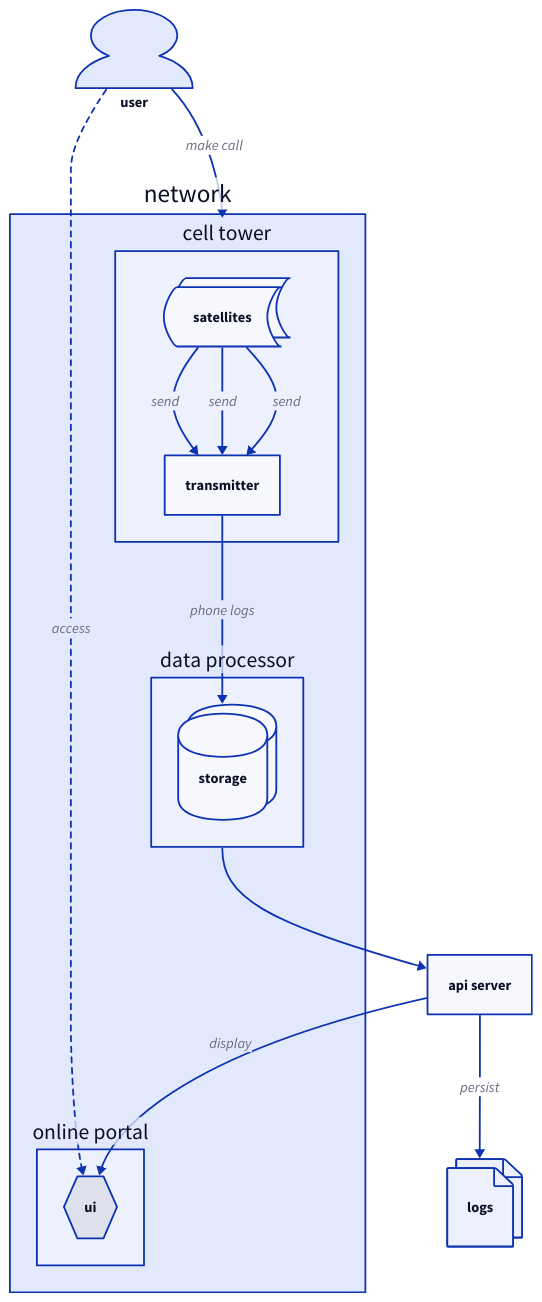
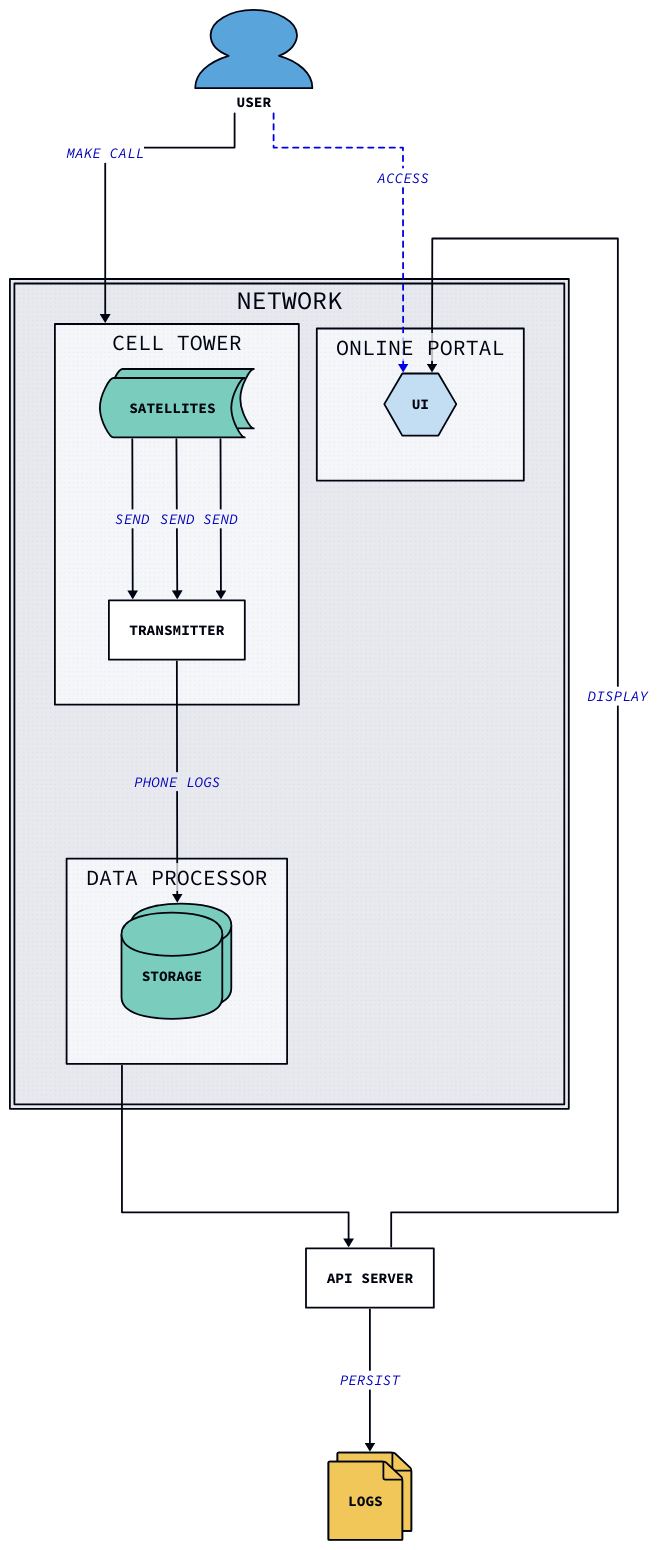
One commit to terrastruct/d2-docs changed the diagram in static/bespoke-d2/terminal-theme.d2. Above: the diagram before and after it, drawn with D2. The commit also changed 53 other files, not shown here.

```diff
--- a/static/bespoke-d2/terminal-theme.d2
+++ b/static/bespoke-d2/terminal-theme.d2
@@ -1,43 +1,50 @@
+vars: {
+  d2-config: {
+    layout-engine: elk
+    # Terminal theme code
+    theme-id: 300
+  }
+}
 network: {
   cell tower: {
     satellites: {
       shape: stored_data
       style.multiple: true
     }
 
     transmitter
 
     satellites -> transmitter: send
     satellites -> transmitter: send
     satellites -> transmitter: send
   }
 
   online portal: {
     ui: {shape: hexagon}
   }
 
   data processor: {
     storage: {
       shape: cylinder
       style.multiple: true
     }
   }
 
   cell tower.transmitter -> data processor.storage: phone logs
 }
 
 user: {
   shape: person
   width: 130
 }
 
 user -> network.cell tower: make call
 user -> network.online portal.ui: access {
   style.stroke-dash: 3
 }
 
 api server -> network.online portal.ui: display
 api server -> logs: persist
 logs: {shape: page; style.multiple: true}
 
 network.data processor -> api server
```
